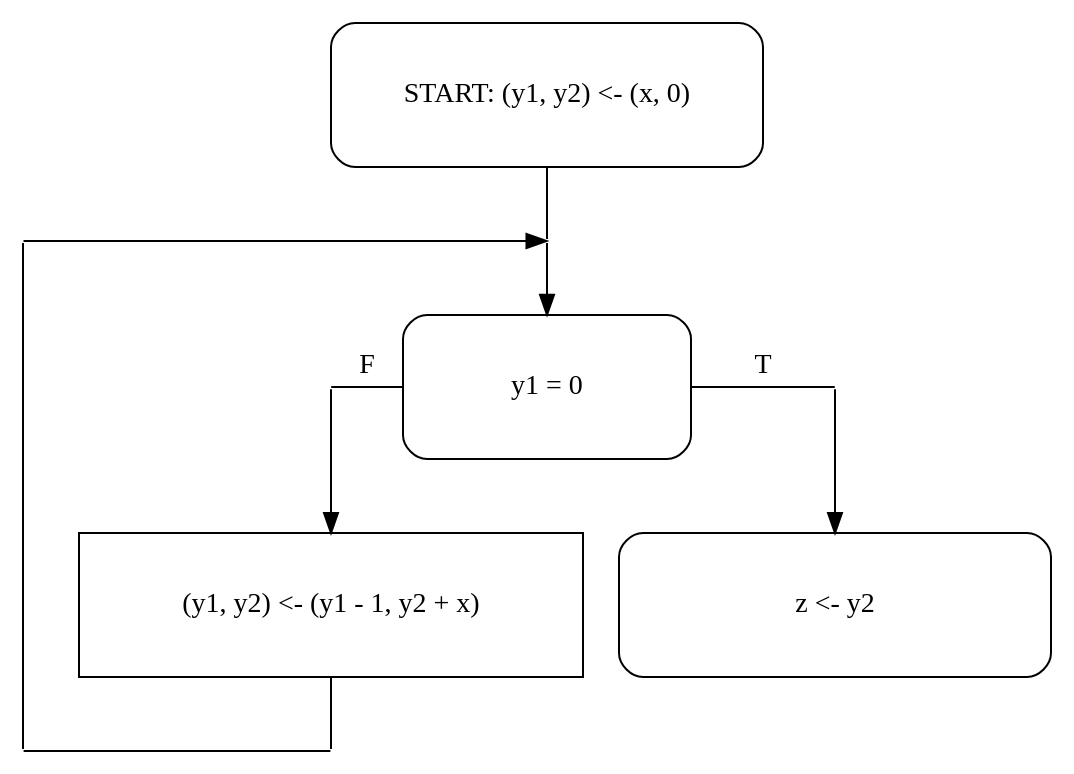
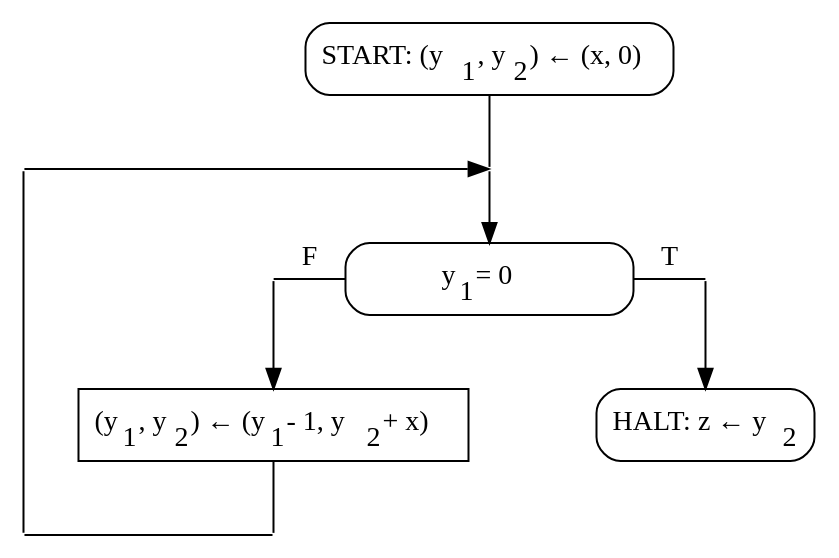
Before and after one commit to kornevgen/mfsp: the diagram in exercises/x1_fig1.dot, drawn with Graphviz. The commit also changed 14 other files, not shown here.

```diff
--- a/exercises/x1_fig1.dot
+++ b/exercises/x1_fig1.dot
@@ -1,22 +1,22 @@
 digraph G{
 
 
 /* nodes by levels */
-node[shape=rectangle, height=1];
-START[style=rounded, width=3, label="START: (y1, y2) <- (x, 0)"];
-COND[style=rounded, width=2, label="y1 = 0"];
-INCR[width=3.5, label="(y1, y2) <- (y1 - 1, y2 + x)"];
-HALT[style=rounded, width=3, label="z <- y2"];
+node[shape=rectangle];
+START[style=rounded, label=<START: (y<sub>1</sub>, y<sub>2</sub>) &larr; (x, 0)>];
+COND[style=rounded, width=2, label=<y<sub>1</sub> = 0>];
+INCR[label=<(y<sub>1</sub>, y<sub>2</sub>) &larr; (y<sub>1</sub> - 1, y<sub>2</sub> + x)>];
+HALT[style=rounded, label=<HALT: z &larr; y<sub>2</sub>>];
 
 /* edges */
 node [shape=point, width=0, label=""];
 START -> p2 [arrowhead=none]; p2 -> COND [weight=8];
 { rank=same; p1 -> p2; }
 p1 -> p5 [weight=8, arrowhead=none];
 { rank=same; p3 -> COND [label="F", arrowhead=none]; COND -> p4 [label="T", arrowhead=none]; }
 p3 -> INCR [weight=8];
 p4 -> HALT [weight=8];
 { rank=same; INCR; HALT; }
 INCR -> p6 [weight=8, arrowhead=none];
 { rank=same; p5 -> p6 [arrowhead=none]; }
 }
```
